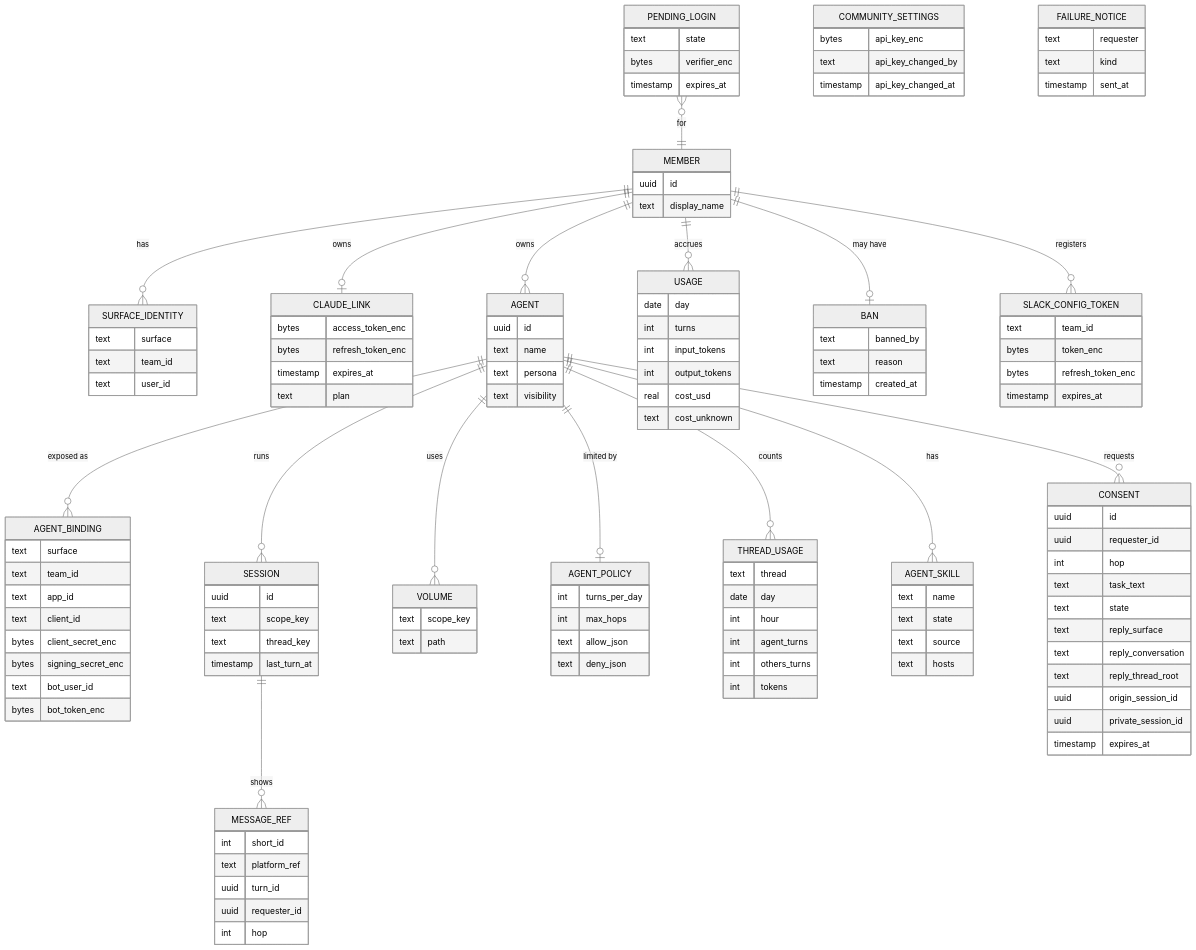
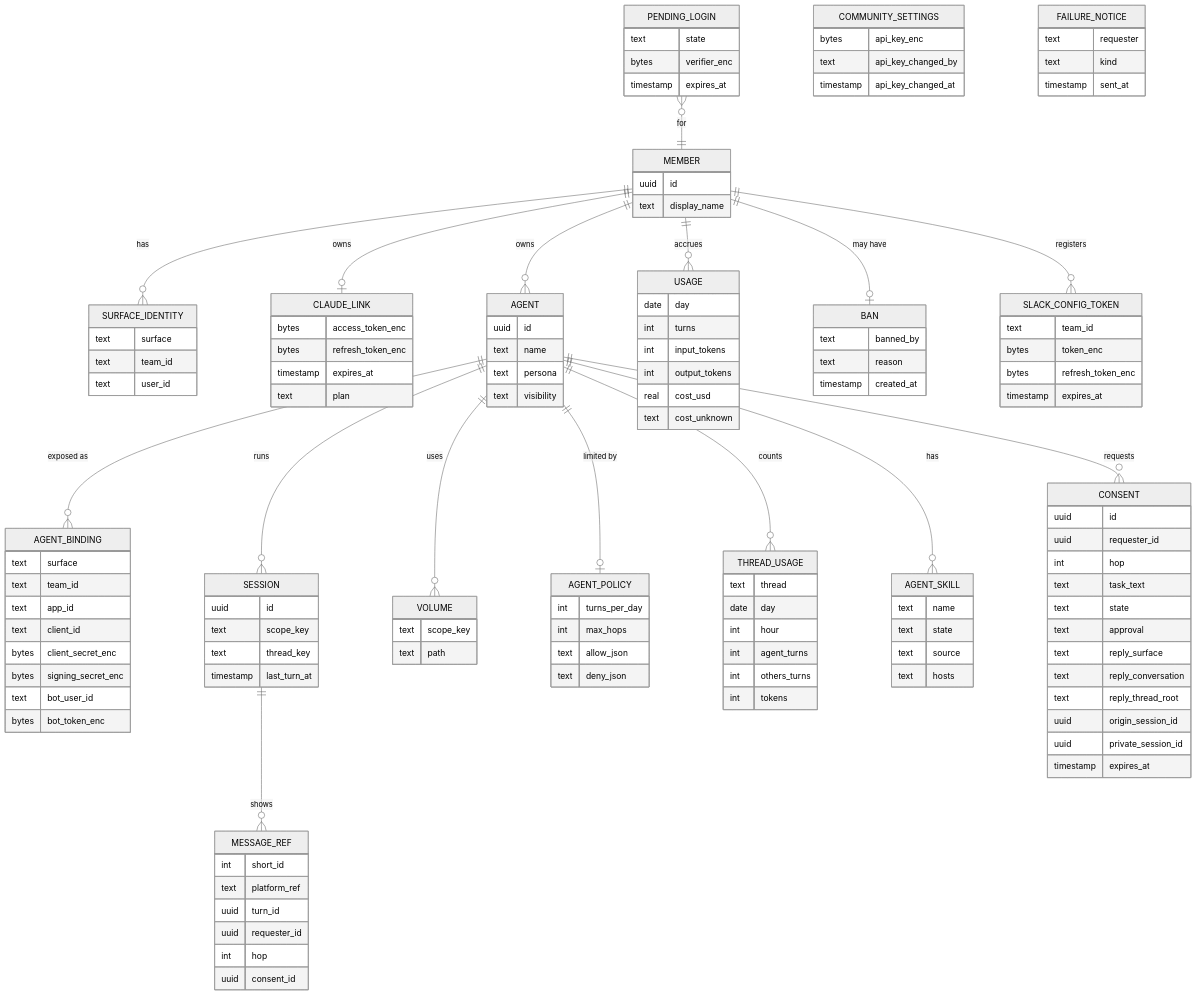
One commit to agentsky/agent-core changed the seventh of 7 diagrams in docs/design.md. Above: the diagram before and after it, drawn with Mermaid (neutral theme). The commit also changed other lines of this file and 31 other files, not shown here.

```diff
--- a/docs/design.md
+++ b/docs/design.md
@@ -750,6 +771,7 @@
         uuid turn_id
         uuid requester_id
         int hop
+        uuid consent_id
     }
     CONSENT {
         uuid id
@@ -757,6 +779,7 @@
         int hop
         text task_text
         text state
+        text approval
         text reply_surface
         text reply_conversation
         text reply_thread_root
```
